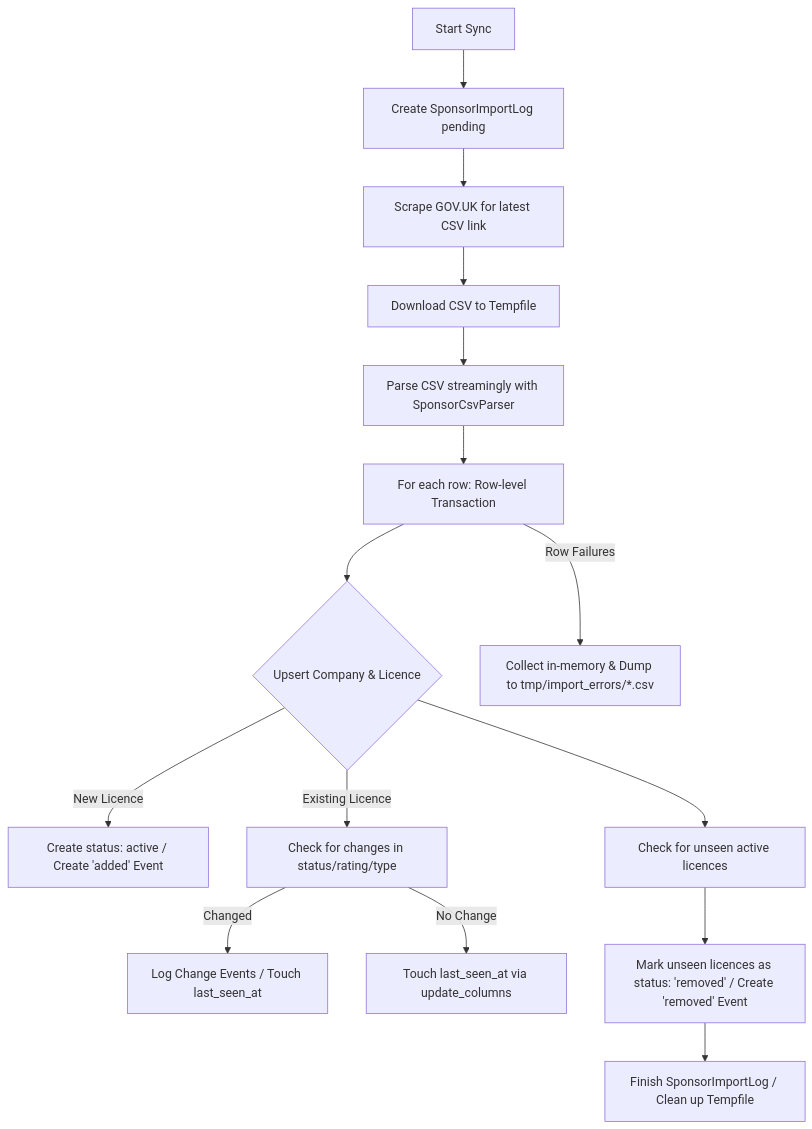
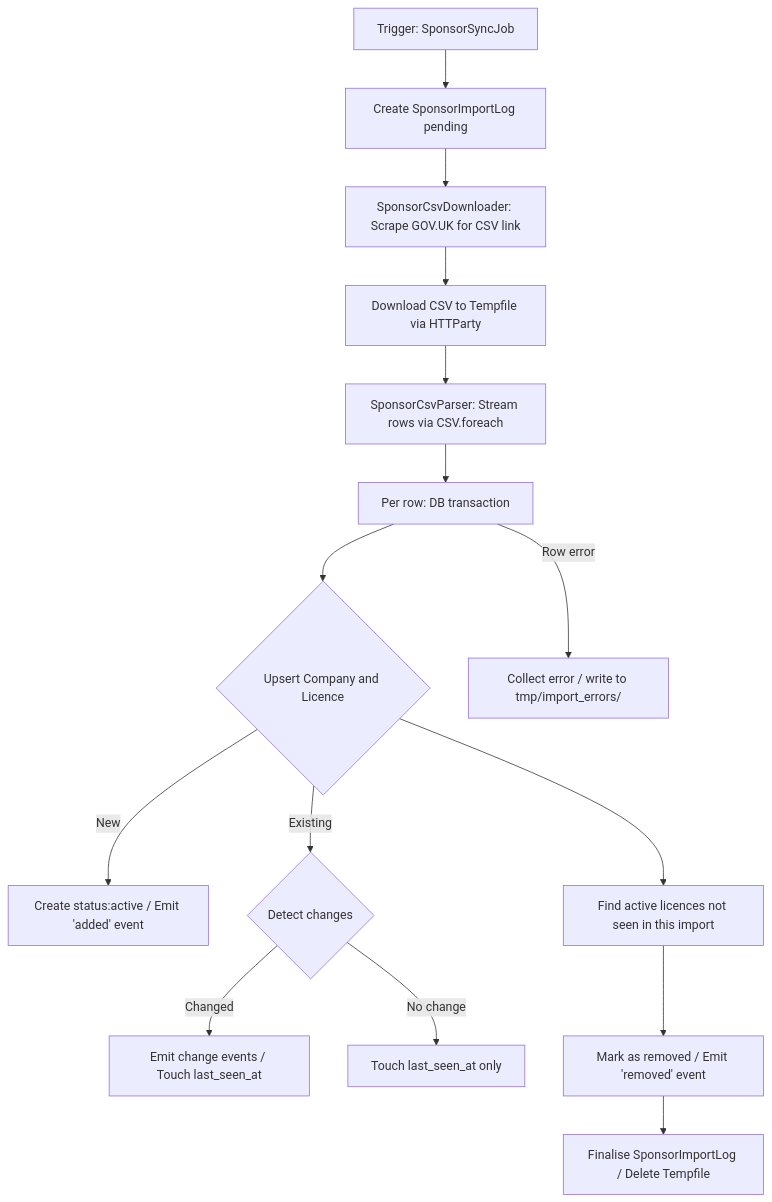
Before and after one commit to arvindmehra/visasponsorcheck: the diagram in README.md, drawn with Mermaid. The commit also changed other lines of this file and 11 other files, not shown here.

````diff
--- a/README.md
+++ b/README.md
@@ -58,17 +394,17 @@
 ```mermaid
 graph TD
-    A[Start Sync] --> B[Create SponsorImportLog pending]
-    B --> C[Scrape GOV.UK for latest CSV link]
-    C --> D[Download CSV to Tempfile]
-    D --> E[Parse CSV streamingly with SponsorCsvParser]
-    E --> F[For each row: Row-level Transaction]
-    F --> G{Upsert Company & Licence}
-    G -- New Licence --> H[Create status: active / Create 'added' Event]
-    G -- Existing Licence --> I[Check for changes in status/rating/type]
-    I -- Changed --> J[Log Change Events / Touch last_seen_at]
-    I -- No Change --> K[Touch last_seen_at via update_columns]
-    F -- Row Failures --> L[Collect in-memory & Dump to tmp/import_errors/*.csv]
-    G --> M[Check for unseen active licences]
-    M --> N[Mark unseen licences as status: 'removed' / Create 'removed' Event]
-    N --> O[Finish SponsorImportLog / Clean up Tempfile]
+    A[Trigger: SponsorSyncJob] --> B[Create SponsorImportLog pending]
+    B --> C[SponsorCsvDownloader: Scrape GOV.UK for CSV link]
+    C --> D[Download CSV to Tempfile via HTTParty]
+    D --> E[SponsorCsvParser: Stream rows via CSV.foreach]
+    E --> F[Per row: DB transaction]
+    F --> G{Upsert Company and Licence}
+    G -- New --> H[Create status:active / Emit 'added' event]
+    G -- Existing --> I{Detect changes}
+    I -- Changed --> J[Emit change events / Touch last_seen_at]
+    I -- No change --> K[Touch last_seen_at only]
+    F -- Row error --> L[Collect error / write to tmp/import_errors/]
+    G --> M[Find active licences not seen in this import]
+    M --> N[Mark as removed / Emit 'removed' event]
+    N --> O[Finalise SponsorImportLog / Delete Tempfile]
 ```
````
